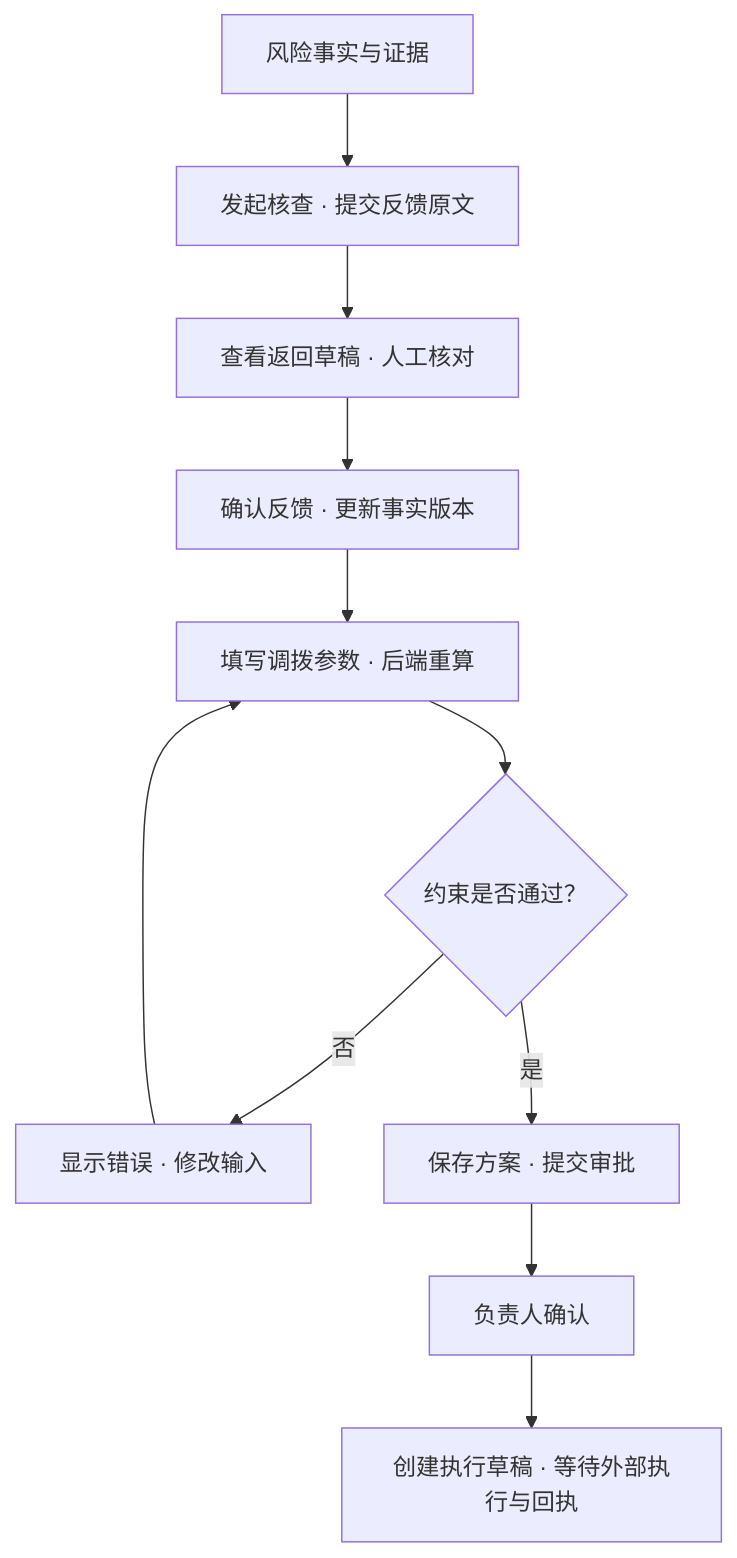
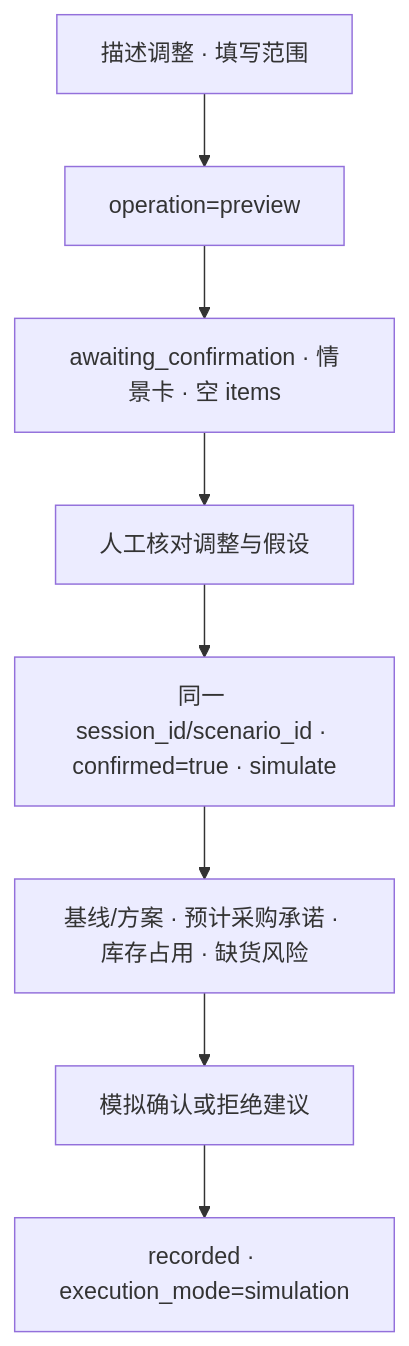
The second of 2 diagrams in docs/FRONTEND_INTEGRATION.md (lyu054553-sketch/xihhhhh), drawn with Mermaid before and after one commit. The commit also changed other lines of this file and 15 other files, not shown here.

````diff
--- a/docs/FRONTEND_INTEGRATION.md
+++ b/docs/FRONTEND_INTEGRATION.md
@@ -68,13 +46,10 @@
 ```mermaid
 flowchart TD
-    R["风险事实与证据"] --> I["发起核查 · 提交反馈原文"]
-    I --> F["查看返回草稿 · 人工核对"]
-    F --> C["确认反馈 · 更新事实版本"]
-    C --> T["填写调拨参数 · 后端重算"]
-    T --> V{"约束是否通过？"}
-    V -- 否 --> E["显示错误 · 修改输入"]
-    E --> T
-    V -- 是 --> P["保存方案 · 提交审批"]
-    P --> A["负责人确认"]
-    A --> D["创建执行草稿 · 等待外部执行与回执"]
+    INPUT["描述调整 · 填写范围"] --> PREVIEW["operation=preview"]
+    PREVIEW --> CARD["awaiting_confirmation · 情景卡 · 空 items"]
+    CARD --> REVIEW["人工核对调整与假设"]
+    REVIEW --> SIM["同一 session_id/scenario_id · confirmed=true · simulate"]
+    SIM --> RESULT["基线/方案 · 预计采购承诺 · 库存占用 · 缺货风险"]
+    RESULT --> DECISION["模拟确认或拒绝建议"]
+    DECISION --> RECORD["recorded · execution_mode=simulation"]
 ```
````
